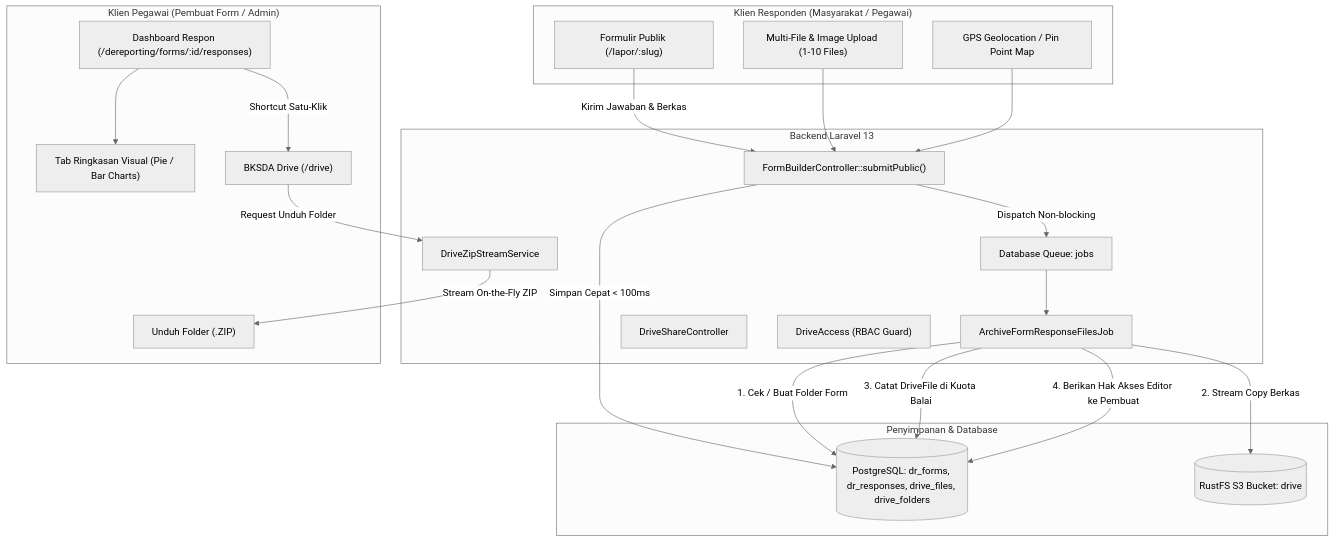
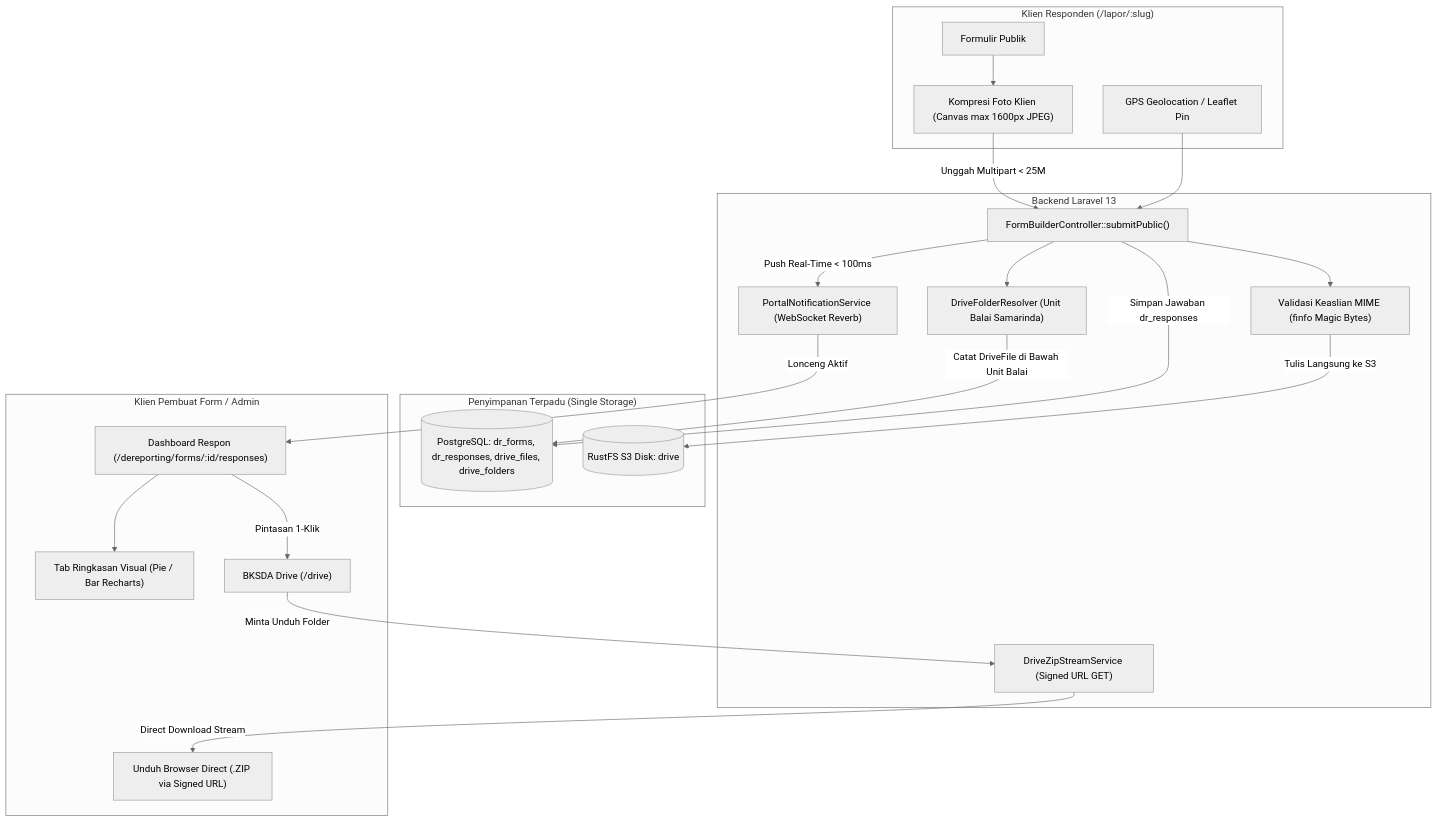
One commit to tegaranugrah1/bksda-superapp changed the diagram in docs/dereporting-forms-and-drive-enhancements/design.md. Above: the diagram before and after it, drawn with Mermaid (neutral theme). The commit also changed other lines of this file and 3 other files, not shown here.

````diff
--- a/docs/dereporting-forms-and-drive-enhancements/design.md
+++ b/docs/dereporting-forms-and-drive-enhancements/design.md
@@ -10,48 +10,47 @@
 ```mermaid
 flowchart TD
-    subgraph Klien_Responden["Klien Responden (Masyarakat / Pegawai)"]
-        FormUI["Formulir Publik (/lapor/:slug)"]
-        MultiUpload["Multi-File & Image Upload (1-10 Files)"]
-        GPSCapture["GPS Geolocation / Pin Point Map"]
+    subgraph Klien_Responden["Klien Responden (/lapor/:slug)"]
+        FormUI["Formulir Publik"]
+        CanvasCompress["Kompresi Foto Klien (Canvas max 1600px JPEG)"]
+        GPSCapture["GPS Geolocation / Leaflet Pin"]
     end
 
     subgraph Backend_Laravel["Backend Laravel 13"]
-        FormCtrl["FormBuilderController::submitPublic()"]
-        Queue["Database Queue: jobs"]
-        ArchiveJob["ArchiveFormResponseFilesJob"]
-        ZipService["DriveZipStreamService"]
-        ShareCtrl["DriveShareController"]
-        DriveAccessCtrl["DriveAccess (RBAC Guard)"]
+        SubmitCtrl["FormBuilderController::submitPublic()"]
+        FinfoValidator["Validasi Keaslian MIME (finfo Magic Bytes)"]
+        DriveFolderResolver["DriveFolderResolver (Unit Balai Samarinda)"]
+        WSNotifier["PortalNotificationService (WebSocket Reverb)"]
+        ZipStreamService["DriveZipStreamService (Signed URL GET)"]
     end
 
-    subgraph Penyimpanan["Penyimpanan & Database"]
+    subgraph Penyimpanan["Penyimpanan Terpadu (Single Storage)"]
         DB_Postgres[("PostgreSQL: dr_forms, dr_responses, drive_files, drive_folders")]
-        RustFS_S3[("RustFS S3 Bucket: drive")]
+        RustFS_S3[("RustFS S3 Disk: drive")]
     end
 
-    subgraph Klien_Pegawai["Klien Pegawai (Pembuat Form / Admin)"]
+    subgraph Klien_Pegawai["Klien Pembuat Form / Admin"]
         FormResponses["Dashboard Respon (/dereporting/forms/:id/responses)"]
-        SummaryAnalytics["Tab Ringkasan Visual (Pie / Bar Charts)"]
+        VisualAnalytics["Tab Ringkasan Visual (Pie / Bar Recharts)"]
         DriveUI["BKSDA Drive (/drive)"]
-        ZipDownload["Unduh Folder (.ZIP)"]
+        DirectZip["Unduh Browser Direct (.ZIP via Signed URL)"]
     end
 
-    FormUI -->|Kirim Jawaban & Berkas| FormCtrl
-    MultiUpload --> FormCtrl
-    GPSCapture --> FormCtrl
+    FormUI --> CanvasCompress
+    CanvasCompress -->|Unggah Multipart < 25M| SubmitCtrl
+    GPSCapture --> SubmitCtrl
 
-    FormCtrl -->|Simpan Cepat < 100ms| DB_Postgres
-    FormCtrl -->|Dispatch Non-blocking| Queue
-    Queue --> ArchiveJob
+    SubmitCtrl --> FinfoValidator
+    FinfoValidator -->|Tulis Langsung ke S3| RustFS_S3
+    SubmitCtrl --> DriveFolderResolver
+    DriveFolderResolver -->|Catat DriveFile di Bawah Unit Balai| DB_Postgres
+    SubmitCtrl -->|Simpan Jawaban dr_responses| DB_Postgres
 
-    ArchiveJob -->|1. Cek / Buat Folder Form| DB_Postgres
-    ArchiveJob -->|2. Stream Copy Berkas| RustFS_S3
-    ArchiveJob -->|3. Catat DriveFile di Kuota Balai| DB_Postgres
-    ArchiveJob -->|4. Berikan Hak Akses Editor ke Pembuat| DB_Postgres
+    SubmitCtrl -->|Push Real-Time < 100ms| WSNotifier
+    WSNotifier -->|Lonceng Aktif| FormResponses
 
-    FormResponses -->|Shortcut Satu-Klik| DriveUI
-    FormResponses --> SummaryAnalytics
+    FormResponses -->|Pintasan 1-Klik| DriveUI
+    FormResponses --> VisualAnalytics
 
-    DriveUI -->|Request Unduh Folder| ZipService
-    ZipService -->|Stream On-the-Fly ZIP| ZipDownload
+    DriveUI -->|Minta Unduh Folder| ZipStreamService
+    ZipStreamService -->|Direct Download Stream| DirectZip
 ```
````
